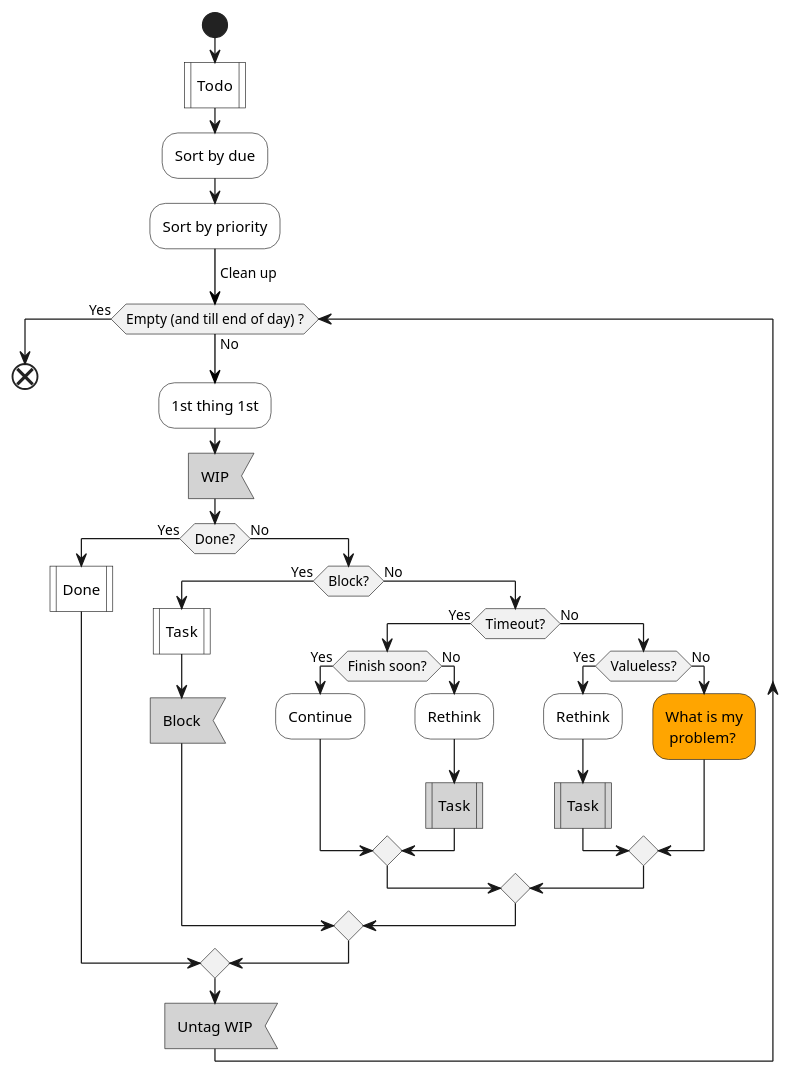
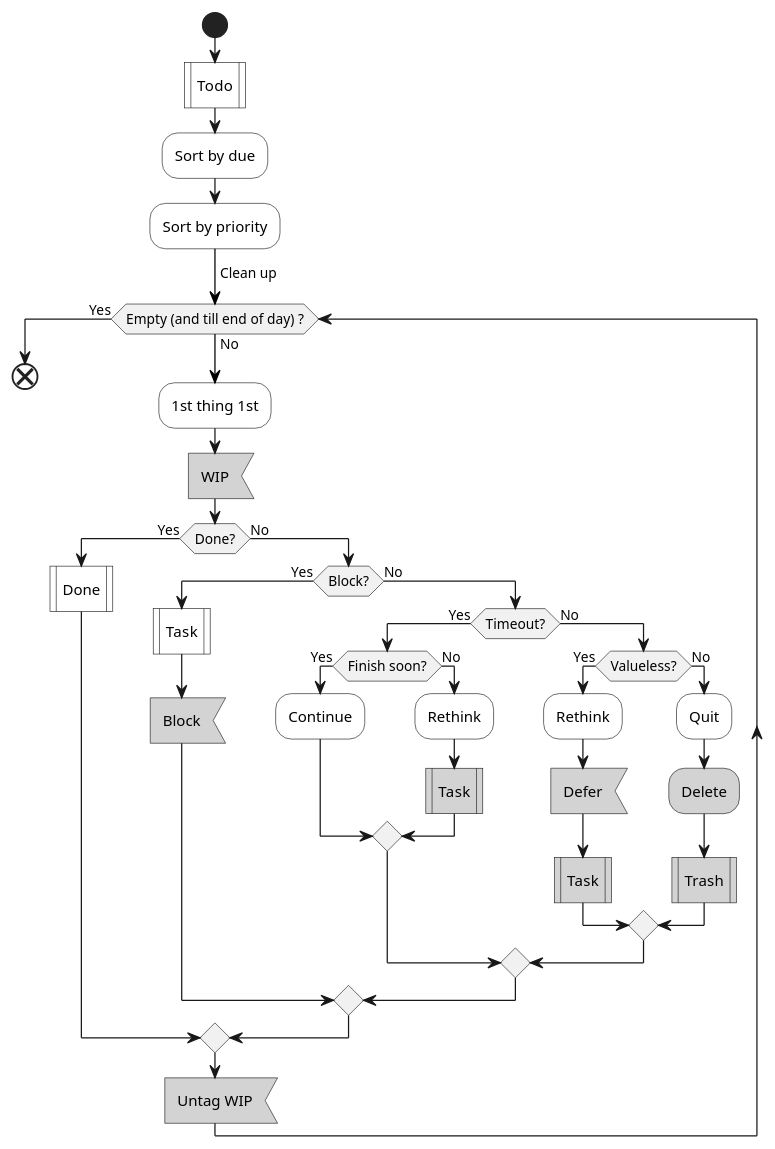
Before and after one commit to IceHe/icehe-lib: the third of 4 diagrams in lifelogs/rehabilitation.md, drawn with PlantUML.

Commit message:
2020-12-18 19:30:29 Fri

````diff
--- a/lifelogs/rehabilitation.md
+++ b/lifelogs/rehabilitation.md
@@ -309,39 +309,42 @@
 ```plantuml
 @startuml
 start
 #white:Todo|
 #white:Sort by due;
 #white:Sort by priority;
 -[#black]-> Clean up;
 while (Empty (and till end of day) ?) is (No)
     #white:1st thing 1st;
     #lightGray:WIP<
     if (Done?) then (Yes)
         #white:Done|
     else (No)
         if (Block?) then (Yes)
             #white:Task|
             #lightGray:Block<
         else (No)
             if (Timeout?) then (Yes)
                 if (Finish soon?) then (Yes)
                     #white:Continue;
                 else (No)
                 #white:Rethink;
                 #lightGray:Task|
                 endif
             else (No)
                 if (Valueless?) then (Yes)
                     #white:Rethink;
+                    #lightGray:Defer<
                     #lightGray:Task|
                 else (No)
-                    #orange:What is my\n problem?;
+                    #white:Quit;
+                    #lightGray:Delete;
+                    #lightGray:Trash|
                 endif
             endif
         endif
     endif
     #lightGray:Untag WIP<
 endwhile (Yes)
 end
 @enduml
 ```
````
